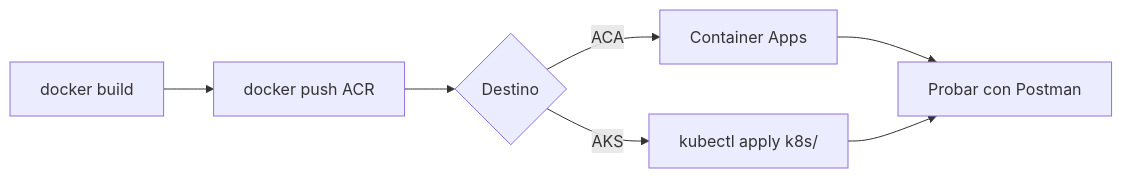
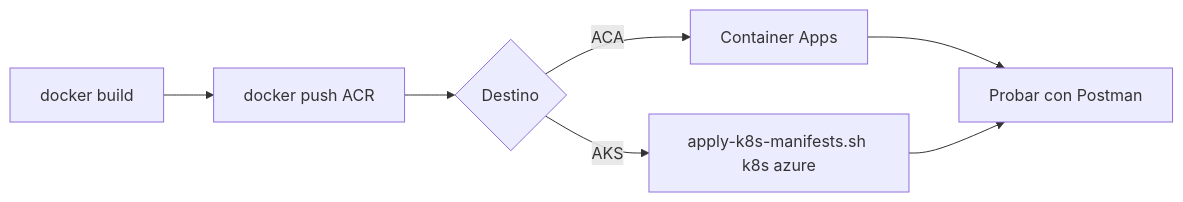
The third of 3 diagrams in README.md (winbugsmx/ShopDemo), drawn with Mermaid before and after one commit. The commit also changed other lines of this file and 63 other files, not shown here.

````diff
--- a/README.md
+++ b/README.md
@@ -396,8 +396,8 @@
 ```mermaid
 flowchart LR
     A[docker build] --> B[docker push ACR]
     B --> C{Destino}
     C -->|ACA| D[Container Apps]
-    C -->|AKS| E[kubectl apply k8s/]
+    C -->|AKS| E[apply-k8s-manifests.sh k8s azure]
     D & E --> F[Probar con Postman]
 ```
````
